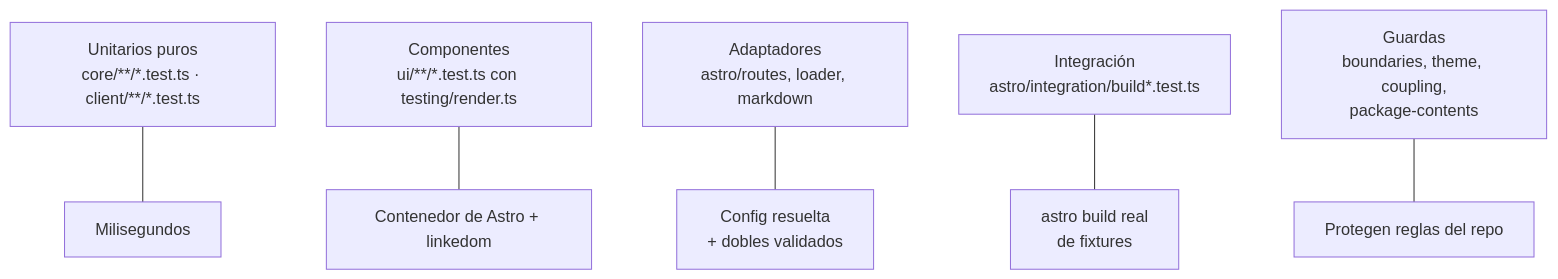
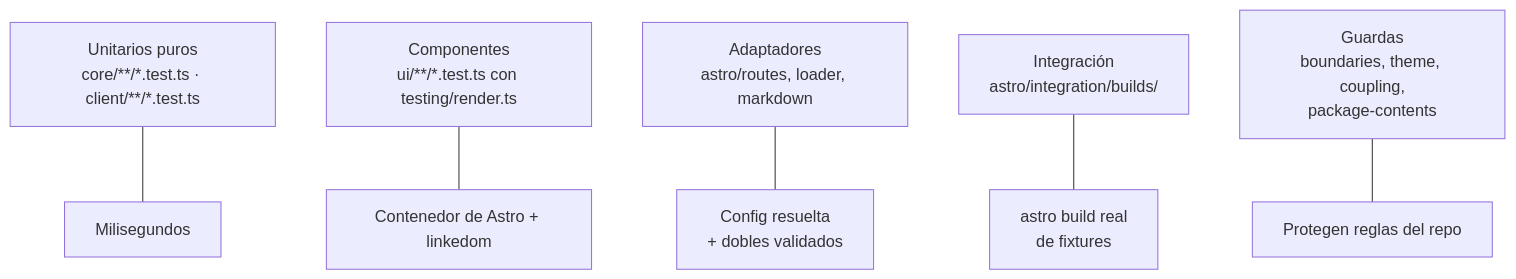
Before and after one commit to velezanthony/design: the diagram in docs/src/content/docs/mantenimiento/tests.md, drawn with Mermaid. The commit also changed other lines of this file, not shown here.

Commit message:
docs: where the build tests live and how to skip them

````diff
--- a/docs/src/content/docs/mantenimiento/tests.md
+++ b/docs/src/content/docs/mantenimiento/tests.md
@@ -23,8 +23,8 @@
 ```mermaid
 flowchart TD
   u["Unitarios puros<br/>core/**/*.test.ts · client/**/*.test.ts"] --- fast["Milisegundos"]
   c["Componentes<br/>ui/**/*.test.ts con testing/render.ts"] --- med["Contenedor de Astro + linkedom"]
   a["Adaptadores<br/>astro/routes, loader, markdown"] --- dbl["Config resuelta<br/>+ dobles validados"]
-  b["Integración<br/>astro/integration/build*.test.ts"] --- slow["astro build real<br/>de fixtures"]
+  b["Integración<br/>astro/integration/builds/"] --- slow["astro build real<br/>de fixtures"]
   g["Guardas<br/>boundaries, theme, coupling,<br/>package-contents"] --- meta["Protegen reglas del repo"]
 ```
````
